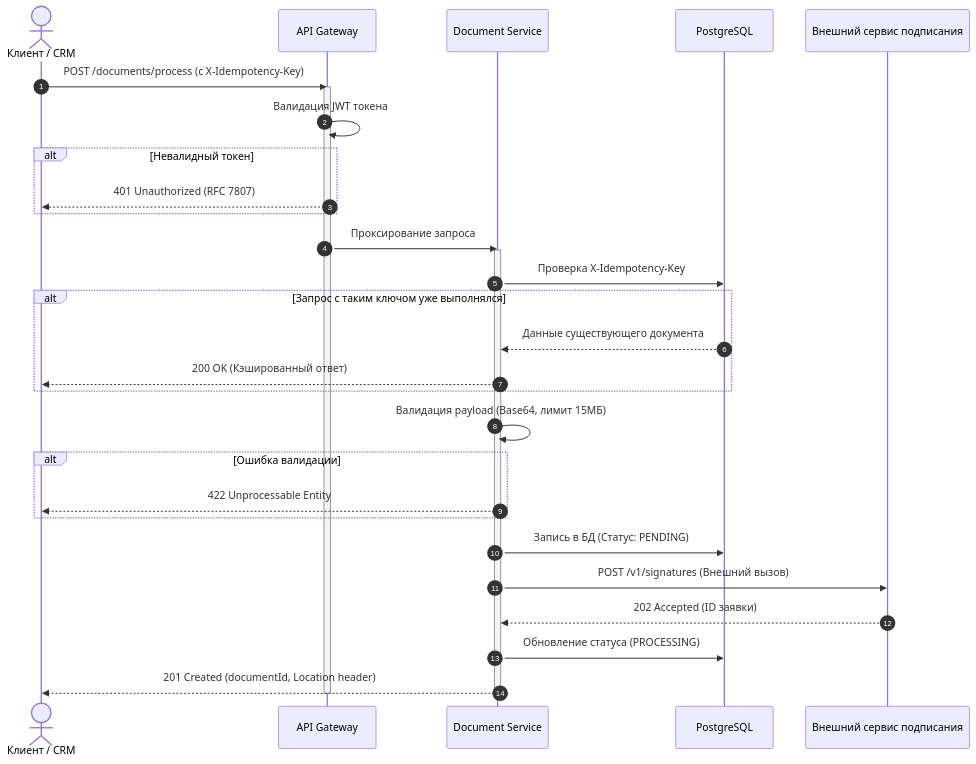
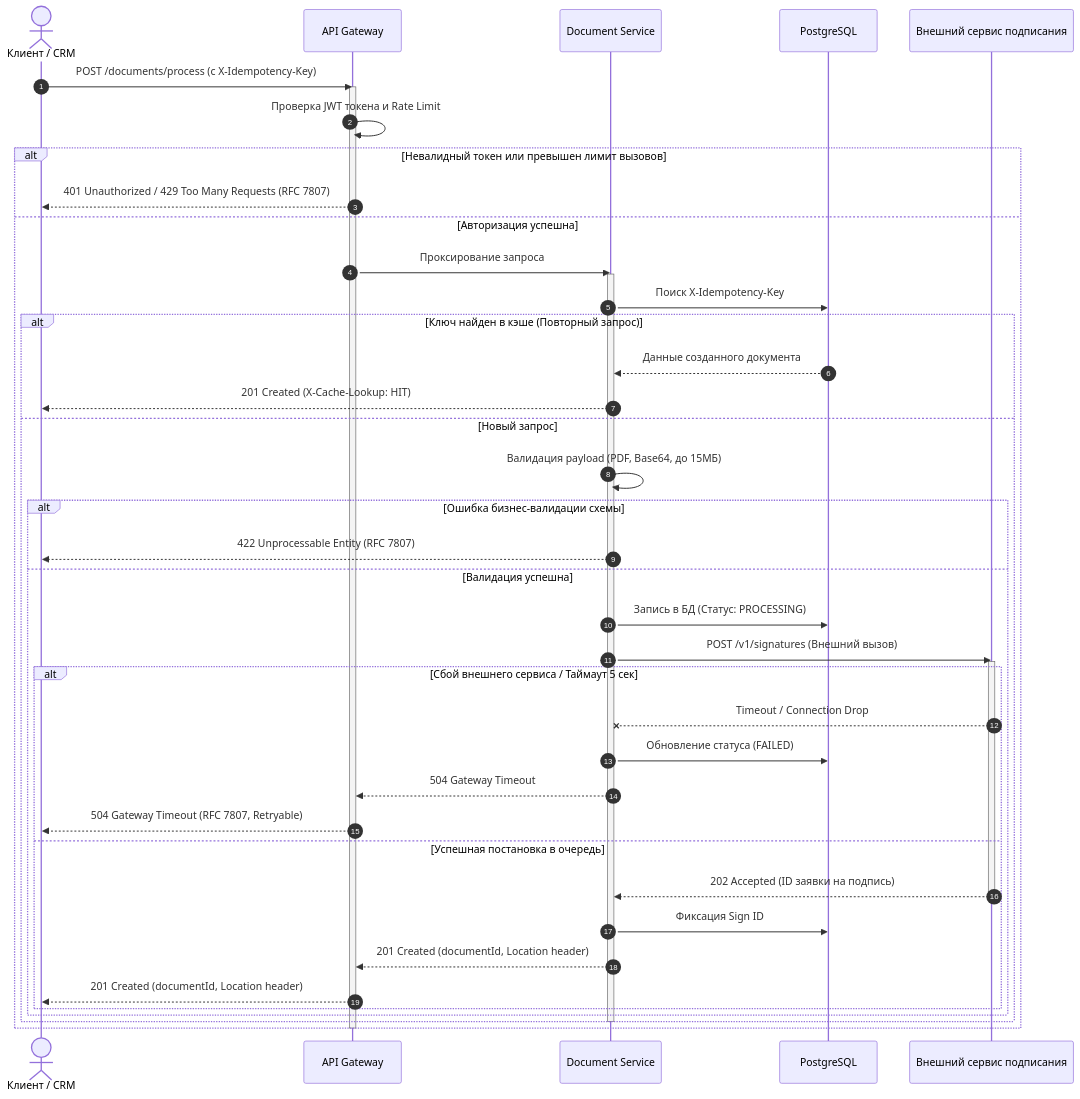
Before and after one commit to Rinata03/api-tech-writer-portfolio: the diagram in 01-api-specification/README.md, drawn with Mermaid. The commit also changed other lines of this file, not shown here.

````diff
--- a/01-api-specification/README.md
+++ b/01-api-specification/README.md
@@ -20,41 +24,51 @@
 ```mermaid
 sequenceDiagram
     autonumber
     actor Client as Клиент / CRM
     participant GW as API Gateway
     participant DocSvc as Document Service
     participant DB as PostgreSQL
     participant SignSvc as Внешний сервис подписания
 
     Client->>GW: POST /documents/process (с X-Idempotency-Key)
     activate GW
     
-    GW->>GW: Валидация JWT токена
-    alt Невалидный токен
-        GW-->>Client: 401 Unauthorized (RFC 7807)
+    GW->>GW: Проверка JWT токена и Rate Limit
+    alt Невалидный токен или превышен лимит вызовов
+        GW-->>Client: 401 Unauthorized / 429 Too Many Requests (RFC 7807)
+    else Авторизация успешна
+        GW->>DocSvc: Проксирование запроса
+        activate DocSvc
+
+        DocSvc->>DB: Поиск X-Idempotency-Key
+        alt Ключ найден в кэше (Повторный запрос)
+            DB-->>DocSvc: Данные созданного документа
+            DocSvc-->>Client: 201 Created (X-Cache-Lookup: HIT)
+        else Новый запрос
+            DocSvc->>DocSvc: Валидация payload (PDF, Base64, до 15МБ)
+            alt Ошибка бизнес-валидации схемы
+                DocSvc-->>Client: 422 Unprocessable Entity (RFC 7807)
+            else Валидация успешна
+                DocSvc->>DB: Запись в БД (Статус: PROCESSING)
+                
+                DocSvc->>SignSvc: POST /v1/signatures (Внешний вызов)
+                activate SignSvc
+                
+                alt Сбой внешнего сервиса / Таймаут 5 сек
+                    SignSvc--x DocSvc: Timeout / Connection Drop
+                    DocSvc->>DB: Обновление статуса (FAILED)
+                    DocSvc-->>GW: 504 Gateway Timeout
+                    GW-->>Client: 504 Gateway Timeout (RFC 7807, Retryable)
+                else Успешная постановка в очередь
+                    SignSvc-->>DocSvc: 202 Accepted (ID заявки на подпись)
+                    deactivate SignSvc
+                    DocSvc->>DB: Фиксация Sign ID
+                    DocSvc-->>GW: 201 Created (documentId, Location header)
+                    GW-->>Client: 201 Created (documentId, Location header)
+                end
+            end
+        end
+        deactivate DocSvc
     end
-
-    GW->>DocSvc: Проксирование запроса
-    activate DocSvc
-
-    DocSvc->>DB: Проверка X-Idempotency-Key
-    alt Запрос с таким ключом уже выполнялся
-        DB-->>DocSvc: Данные существующего документа
-        DocSvc-->>Client: 200 OK (Кэшированный ответ)
-    end
-
-    DocSvc->>DocSvc: Валидация payload (Base64, лимит 15МБ)
-    alt Ошибка валидации
-        DocSvc-->>Client: 422 Unprocessable Entity
-    end
-
-    DocSvc->>DB: Запись в БД (Статус: PENDING)
-    DocSvc->>SignSvc: POST /v1/signatures (Внешний вызов)
-    SignSvc-->>DocSvc: 202 Accepted (ID заявки)
-    
-    DocSvc->>DB: Обновление статуса (PROCESSING)
-    DocSvc-->>Client: 201 Created (documentId, Location header)
-    
-    deactivate DocSvc
     deactivate GW
 ```
````
